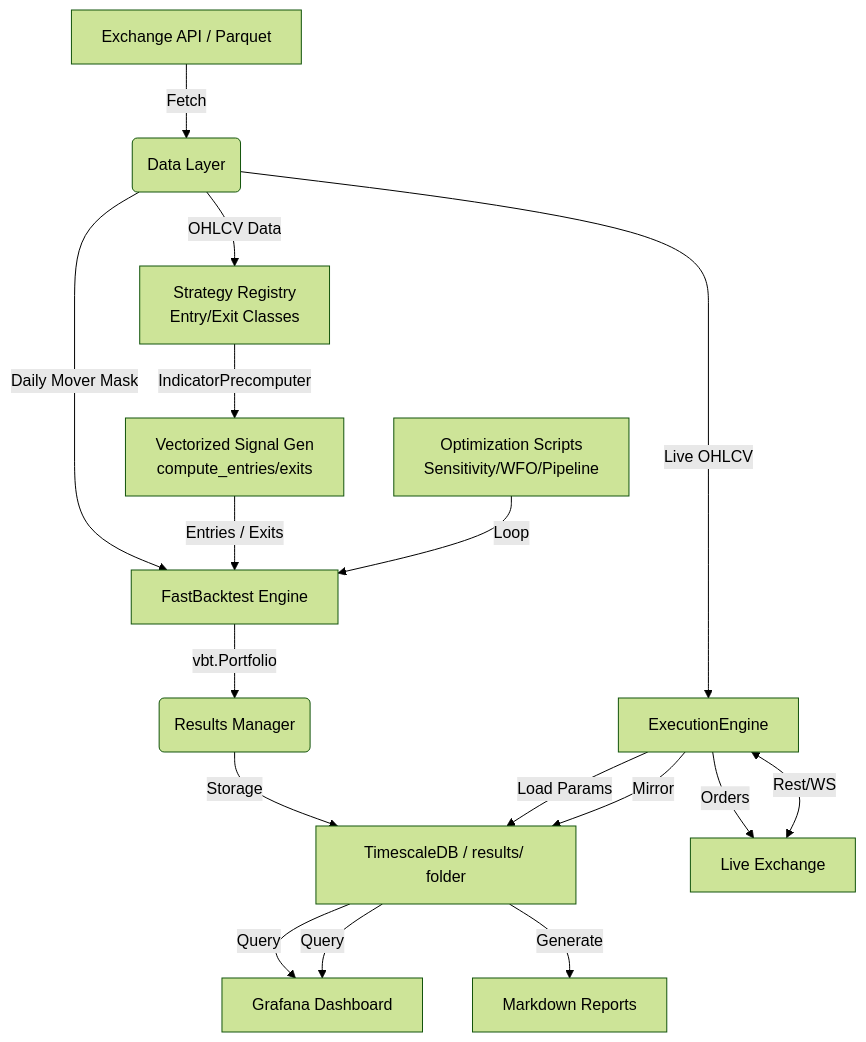
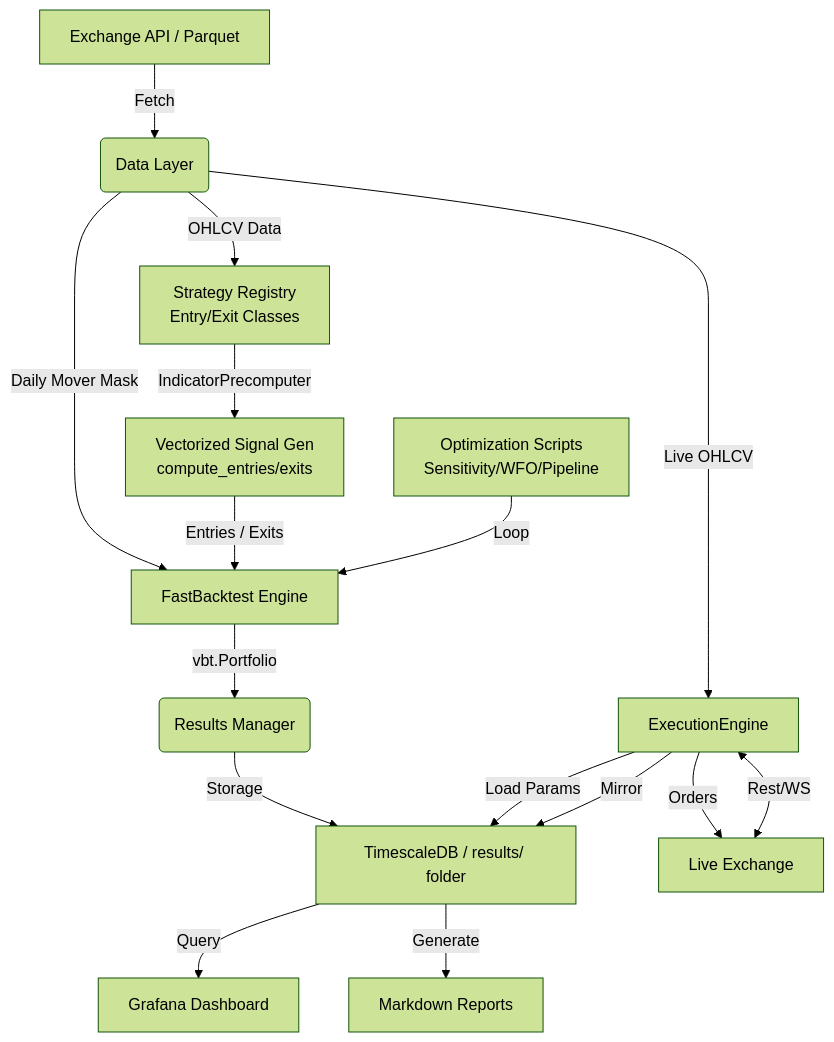
The second of 2 diagrams in docs/architecture.md (garykuepper/ggTrader), drawn with Mermaid (forest theme) before and after one commit. The commit also changed other lines of this file and 8 other files, not shown here.

````diff
--- a/docs/architecture.md
+++ b/docs/architecture.md
@@ -213,19 +213,18 @@
 ```mermaid
 graph TD
     A[Exchange API / Parquet] -->|Fetch| B(Data Layer)
     B -->|OHLCV Data| C["Strategy Registry<br/>Entry/Exit Classes"]
     B -->|Daily Mover Mask| D[FastBacktest Engine]
     C -->|IndicatorPrecomputer| E["Vectorized Signal Gen<br/>compute_entries/exits"]
     E -->|Entries / Exits| D
     D -->|vbt.Portfolio| F(Results Manager)
     F -->|Storage| G[TimescaleDB / results/ folder]
     H["Optimization Scripts<br/>Sensitivity/WFO/Pipeline"] -->|Loop| D
     G -->|Query| L[Grafana Dashboard]
     G -->|Generate| M[Markdown Reports]
     J[Live Exchange] <-->|Rest/WS| K[ExecutionEngine]
     K -->|Load Params| G
     B -->|Live OHLCV| K
     K -->|Orders| J
     K -->|Mirror| G
-    G -->|Query| L[Grafana Dashboard]
 ```
````
